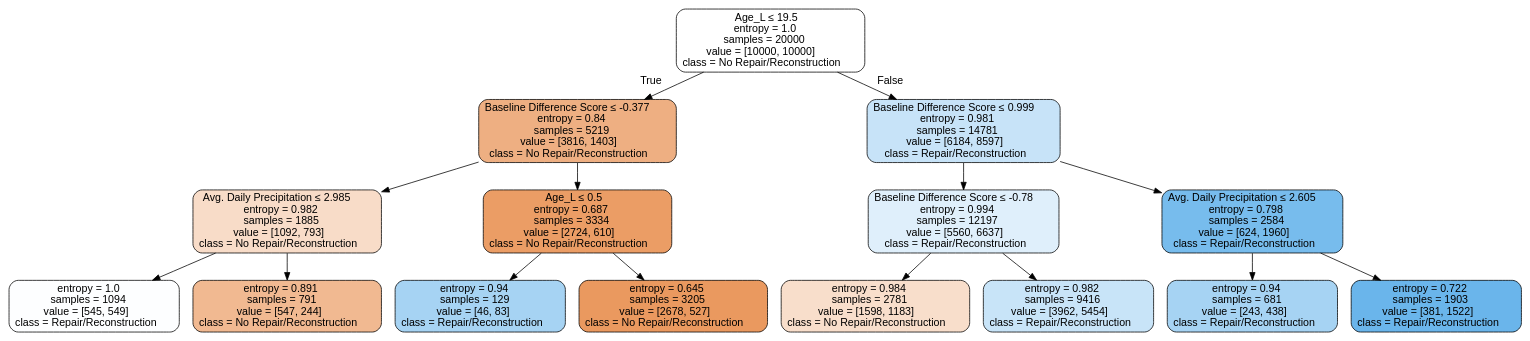
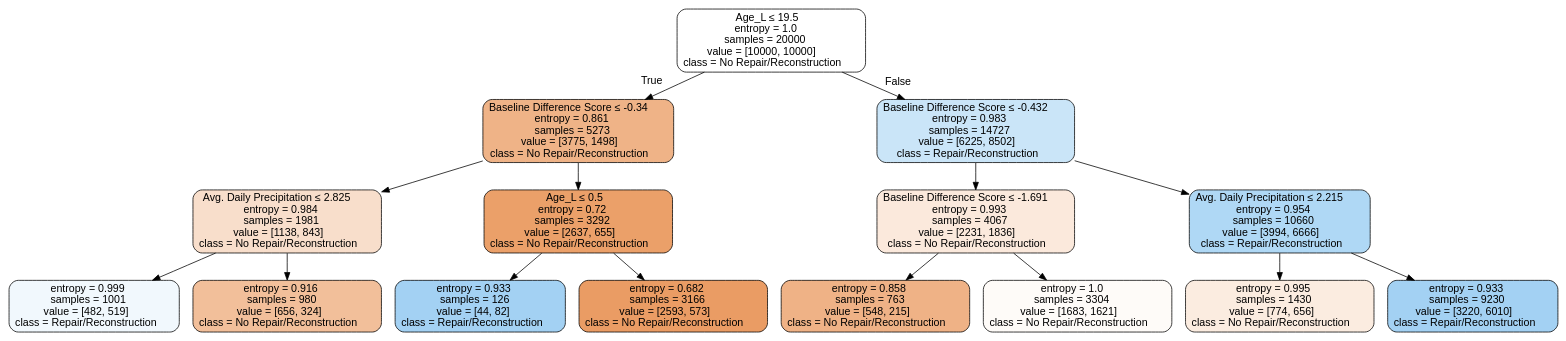
The diagram in tree.dot (kaleoyster/nbi-predictive-analysis), drawn with Graphviz before and after one commit. The commit also changed 2 other files, not shown here.

Commit message:
Added Baseline difference Score as a category

```diff
--- a/tree.dot
+++ b/tree.dot
@@ -1,33 +1,33 @@
 digraph Tree {
 node [shape=box, style="filled, rounded", color="black", fontname=helvetica] ;
 edge [fontname=helvetica] ;
 0 [label=<Age_L &le; 19.5<br/>entropy = 1.0<br/>samples = 20000<br/>value = [10000, 10000]<br/>class = No Repair/Reconstruction>, fillcolor="#e5813900"] ;
-1 [label=<Baseline Difference Score &le; -0.377<br/>entropy = 0.84<br/>samples = 5219<br/>value = [3816, 1403]<br/>class = No Repair/Reconstruction>, fillcolor="#e58139a1"] ;
+1 [label=<Baseline Difference Score &le; -0.34<br/>entropy = 0.861<br/>samples = 5273<br/>value = [3775, 1498]<br/>class = No Repair/Reconstruction>, fillcolor="#e581399a"] ;
 0 -> 1 [labeldistance=2.5, labelangle=45, headlabel="True"] ;
-2 [label=<Avg. Daily Precipitation &le; 2.985<br/>entropy = 0.982<br/>samples = 1885<br/>value = [1092, 793]<br/>class = No Repair/Reconstruction>, fillcolor="#e5813946"] ;
+2 [label=<Avg. Daily Precipitation &le; 2.825<br/>entropy = 0.984<br/>samples = 1981<br/>value = [1138, 843]<br/>class = No Repair/Reconstruction>, fillcolor="#e5813942"] ;
 1 -> 2 ;
-3 [label=<entropy = 1.0<br/>samples = 1094<br/>value = [545, 549]<br/>class = Repair/Reconstruction>, fillcolor="#399de502"] ;
+3 [label=<entropy = 0.999<br/>samples = 1001<br/>value = [482, 519]<br/>class = Repair/Reconstruction>, fillcolor="#399de512"] ;
 2 -> 3 ;
-4 [label=<entropy = 0.891<br/>samples = 791<br/>value = [547, 244]<br/>class = No Repair/Reconstruction>, fillcolor="#e581398d"] ;
+4 [label=<entropy = 0.916<br/>samples = 980<br/>value = [656, 324]<br/>class = No Repair/Reconstruction>, fillcolor="#e5813981"] ;
 2 -> 4 ;
-5 [label=<Age_L &le; 0.5<br/>entropy = 0.687<br/>samples = 3334<br/>value = [2724, 610]<br/>class = No Repair/Reconstruction>, fillcolor="#e58139c6"] ;
+5 [label=<Age_L &le; 0.5<br/>entropy = 0.72<br/>samples = 3292<br/>value = [2637, 655]<br/>class = No Repair/Reconstruction>, fillcolor="#e58139c0"] ;
 1 -> 5 ;
-6 [label=<entropy = 0.94<br/>samples = 129<br/>value = [46, 83]<br/>class = Repair/Reconstruction>, fillcolor="#399de572"] ;
+6 [label=<entropy = 0.933<br/>samples = 126<br/>value = [44, 82]<br/>class = Repair/Reconstruction>, fillcolor="#399de576"] ;
 5 -> 6 ;
-7 [label=<entropy = 0.645<br/>samples = 3205<br/>value = [2678, 527]<br/>class = No Repair/Reconstruction>, fillcolor="#e58139cd"] ;
+7 [label=<entropy = 0.682<br/>samples = 3166<br/>value = [2593, 573]<br/>class = No Repair/Reconstruction>, fillcolor="#e58139c7"] ;
 5 -> 7 ;
-8 [label=<Baseline Difference Score &le; 0.999<br/>entropy = 0.981<br/>samples = 14781<br/>value = [6184, 8597]<br/>class = Repair/Reconstruction>, fillcolor="#399de548"] ;
+8 [label=<Baseline Difference Score &le; -0.432<br/>entropy = 0.983<br/>samples = 14727<br/>value = [6225, 8502]<br/>class = Repair/Reconstruction>, fillcolor="#399de544"] ;
 0 -> 8 [labeldistance=2.5, labelangle=-45, headlabel="False"] ;
-9 [label=<Baseline Difference Score &le; -0.78<br/>entropy = 0.994<br/>samples = 12197<br/>value = [5560, 6637]<br/>class = Repair/Reconstruction>, fillcolor="#399de529"] ;
+9 [label=<Baseline Difference Score &le; -1.691<br/>entropy = 0.993<br/>samples = 4067<br/>value = [2231, 1836]<br/>class = No Repair/Reconstruction>, fillcolor="#e581392d"] ;
 8 -> 9 ;
-10 [label=<entropy = 0.984<br/>samples = 2781<br/>value = [1598, 1183]<br/>class = No Repair/Reconstruction>, fillcolor="#e5813942"] ;
+10 [label=<entropy = 0.858<br/>samples = 763<br/>value = [548, 215]<br/>class = No Repair/Reconstruction>, fillcolor="#e581399b"] ;
 9 -> 10 ;
-11 [label=<entropy = 0.982<br/>samples = 9416<br/>value = [3962, 5454]<br/>class = Repair/Reconstruction>, fillcolor="#399de546"] ;
+11 [label=<entropy = 1.0<br/>samples = 3304<br/>value = [1683, 1621]<br/>class = No Repair/Reconstruction>, fillcolor="#e5813909"] ;
 9 -> 11 ;
-12 [label=<Avg. Daily Precipitation &le; 2.605<br/>entropy = 0.798<br/>samples = 2584<br/>value = [624, 1960]<br/>class = Repair/Reconstruction>, fillcolor="#399de5ae"] ;
+12 [label=<Avg. Daily Precipitation &le; 2.215<br/>entropy = 0.954<br/>samples = 10660<br/>value = [3994, 6666]<br/>class = Repair/Reconstruction>, fillcolor="#399de566"] ;
 8 -> 12 ;
-13 [label=<entropy = 0.94<br/>samples = 681<br/>value = [243, 438]<br/>class = Repair/Reconstruction>, fillcolor="#399de572"] ;
+13 [label=<entropy = 0.995<br/>samples = 1430<br/>value = [774, 656]<br/>class = No Repair/Reconstruction>, fillcolor="#e5813927"] ;
 12 -> 13 ;
-14 [label=<entropy = 0.722<br/>samples = 1903<br/>value = [381, 1522]<br/>class = Repair/Reconstruction>, fillcolor="#399de5bf"] ;
+14 [label=<entropy = 0.933<br/>samples = 9230<br/>value = [3220, 6010]<br/>class = Repair/Reconstruction>, fillcolor="#399de576"] ;
 12 -> 14 ;
 }
```
